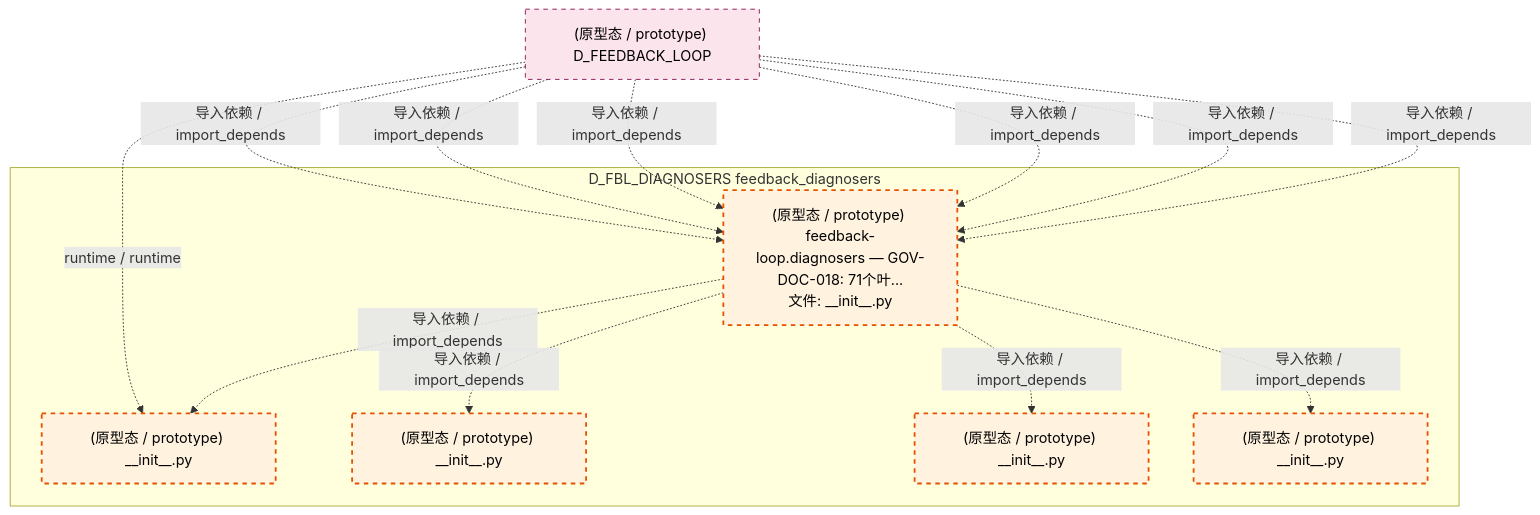
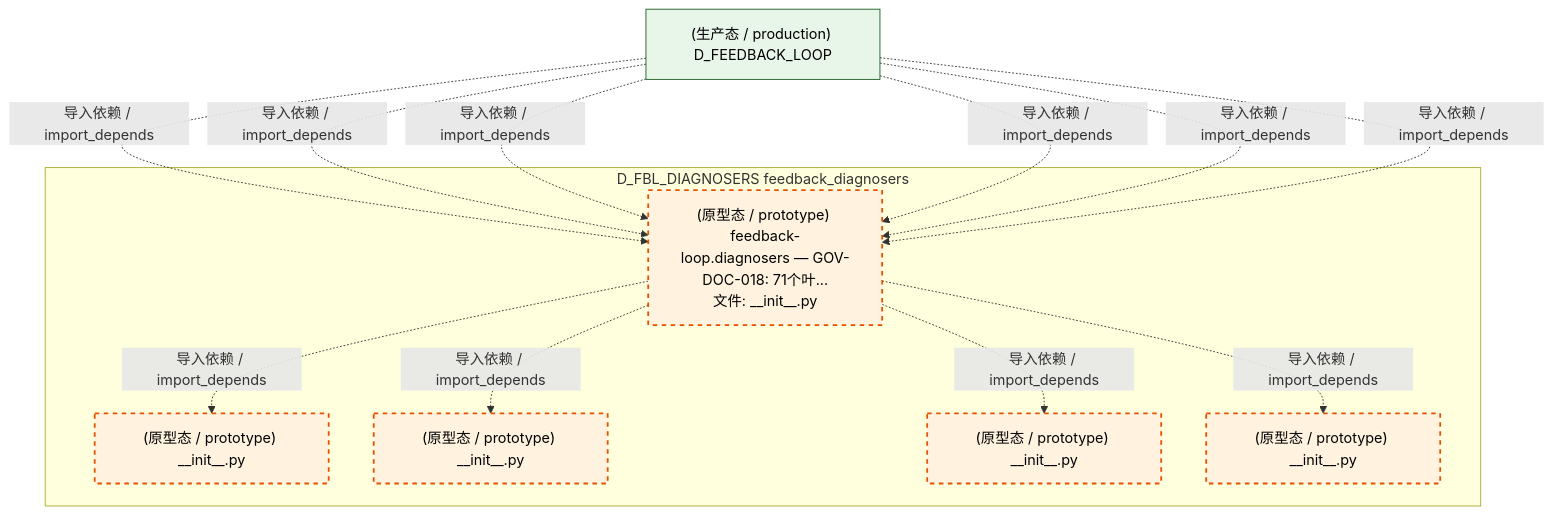
Before and after one commit to xuanFelixVan/ZephyrAlpha: the fifth of 6 diagrams in docs/02_enterprise_architecture/02_domain_architecture_docs/12_d_fbl_diagnosers.md, drawn with Mermaid. The commit also changed other lines of this file and 125 other files, not shown here.

````diff
--- a/docs/02_enterprise_architecture/02_domain_architecture_docs/12_d_fbl_diagnosers.md
+++ b/docs/02_enterprise_architecture/02_domain_architecture_docs/12_d_fbl_diagnosers.md
@@ -445,28 +445,27 @@
 ```mermaid
 graph TD
     subgraph D_FBL_DIAGNOSERS["D_FBL_DIAGNOSERS feedback_diagnosers"]
         src_zephyr_feedback_loop_diagnosers_init_py["(原型态 / prototype) feedback-loop.diagnosers — GOV-DOC-018: 71个叶...<br/>文件: __init__.py"]
         src_zephyr_feedback_loop_diagnosers_cognitive_init_py["(原型态 / prototype) __init__.py"]
         src_zephyr_feedback_loop_diagnosers_diagnosis_init_py["(原型态 / prototype) __init__.py"]
         src_zephyr_feedback_loop_diagnosers_health_init_py["(原型态 / prototype) __init__.py"]
         src_zephyr_feedback_loop_diagnosers_reliability_init_py["(原型态 / prototype) __init__.py"]
     end
     src_zephyr_feedback_loop_diagnosers_init_py -.->|导入依赖 / import_depends| src_zephyr_feedback_loop_diagnosers_cognitive_init_py
     src_zephyr_feedback_loop_diagnosers_init_py -.->|导入依赖 / import_depends| src_zephyr_feedback_loop_diagnosers_diagnosis_init_py
     src_zephyr_feedback_loop_diagnosers_init_py -.->|导入依赖 / import_depends| src_zephyr_feedback_loop_diagnosers_health_init_py
     src_zephyr_feedback_loop_diagnosers_init_py -.->|导入依赖 / import_depends| src_zephyr_feedback_loop_diagnosers_reliability_init_py
-    D_FEEDBACK_LOOP["(原型态 / prototype) D_FEEDBACK_LOOP"]
-    D_FEEDBACK_LOOP -.->|runtime / runtime| src_zephyr_feedback_loop_diagnosers_cognitive_init_py
+    D_FEEDBACK_LOOP["(生产态 / production) D_FEEDBACK_LOOP"]
     D_FEEDBACK_LOOP -.->|导入依赖 / import_depends| src_zephyr_feedback_loop_diagnosers_init_py
     D_FEEDBACK_LOOP -.->|导入依赖 / import_depends| src_zephyr_feedback_loop_diagnosers_init_py
     D_FEEDBACK_LOOP -.->|导入依赖 / import_depends| src_zephyr_feedback_loop_diagnosers_init_py
     D_FEEDBACK_LOOP -.->|导入依赖 / import_depends| src_zephyr_feedback_loop_diagnosers_init_py
     D_FEEDBACK_LOOP -.->|导入依赖 / import_depends| src_zephyr_feedback_loop_diagnosers_init_py
     D_FEEDBACK_LOOP -.->|导入依赖 / import_depends| src_zephyr_feedback_loop_diagnosers_init_py
     classDef production fill:#e1f5fe,stroke:#01579b,stroke-width:2px,color:#000
     classDef design fill:#fff3e0,stroke:#e65100,stroke-width:2px,color:#000,stroke-dasharray: 5 5
     classDef external_prod fill:#e8f5e9,stroke:#1b5e20,stroke-width:1px,color:#000
     classDef external_design fill:#fce4ec,stroke:#880e4f,stroke-width:1px,color:#000,stroke-dasharray: 5 5
     class src_zephyr_feedback_loop_diagnosers_init_py,src_zephyr_feedback_loop_diagnosers_cognitive_init_py,src_zephyr_feedback_loop_diagnosers_diagnosis_init_py,src_zephyr_feedback_loop_diagnosers_health_init_py,src_zephyr_feedback_loop_diagnosers_reliability_init_py design
-    class D_FEEDBACK_LOOP external_design
+    class D_FEEDBACK_LOOP external_prod
 ```
````
